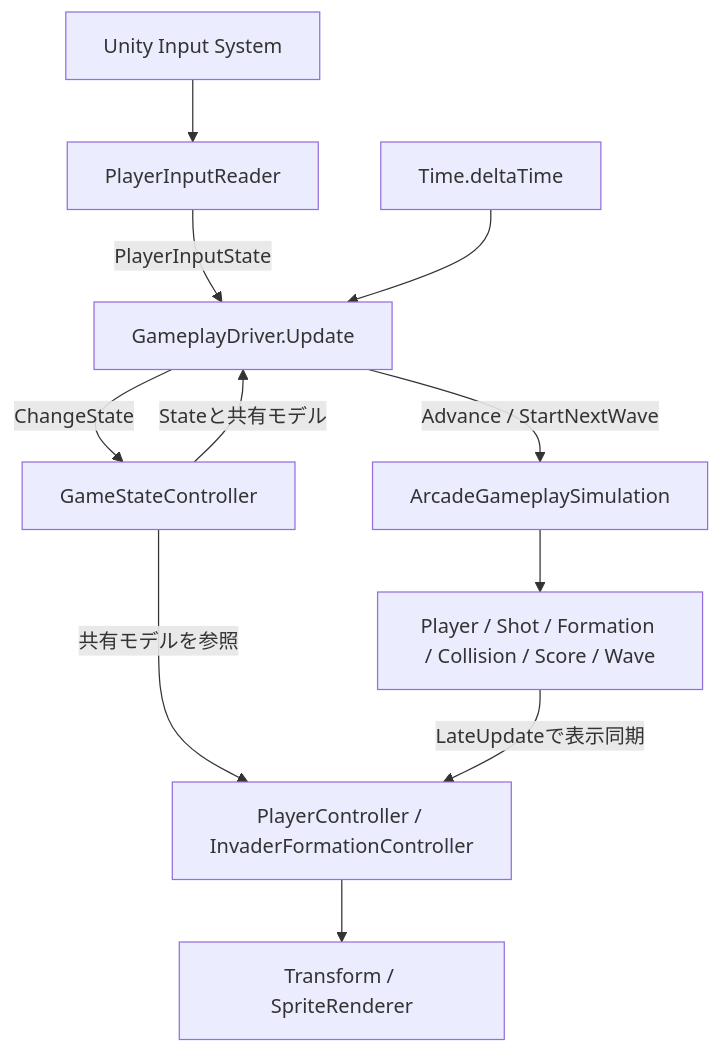
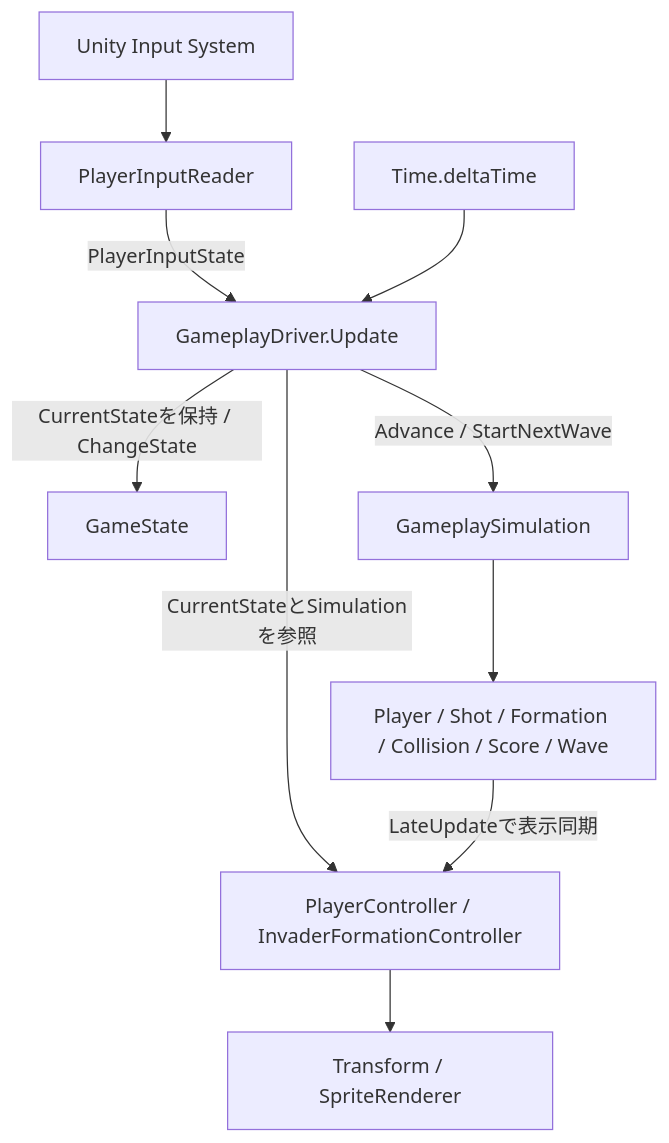
Before and after one commit to urahimono/Unity_Invader: the diagram in docs/ARCHITECTURE.md, drawn with Mermaid. The commit also changed other lines of this file and 24 other files, not shown here.

````diff
--- a/docs/ARCHITECTURE.md
+++ b/docs/ARCHITECTURE.md
@@ -41,13 +41,12 @@
 ```mermaid
 flowchart TD
     Input[Unity Input System] --> Reader[PlayerInputReader]
     Reader -->|PlayerInputState| Driver[GameplayDriver.Update]
     Time[Time.deltaTime] --> Driver
-    State[GameStateController] -->|Stateと共有モデル| Driver
-    Driver -->|Advance / StartNextWave| Sim[ArcadeGameplaySimulation]
-    Driver -->|ChangeState| State
+    Driver -->|CurrentStateを保持 / ChangeState| State[GameState]
+    Driver -->|Advance / StartNextWave| Sim[GameplaySimulation]
     Sim --> Models[Player / Shot / Formation / Collision / Score / Wave]
-    State -->|共有モデルを参照| Views[PlayerController / InvaderFormationController]
+    Driver -->|CurrentStateとSimulationを参照| Views[PlayerController / InvaderFormationController]
     Models -->|LateUpdateで表示同期| Views
     Views --> Output[Transform / SpriteRenderer]
 ```
````
